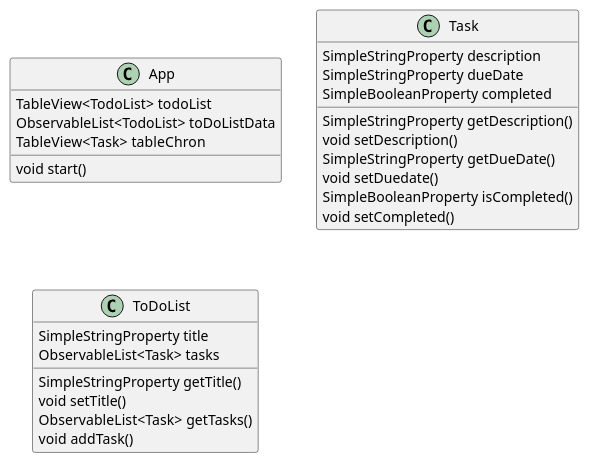
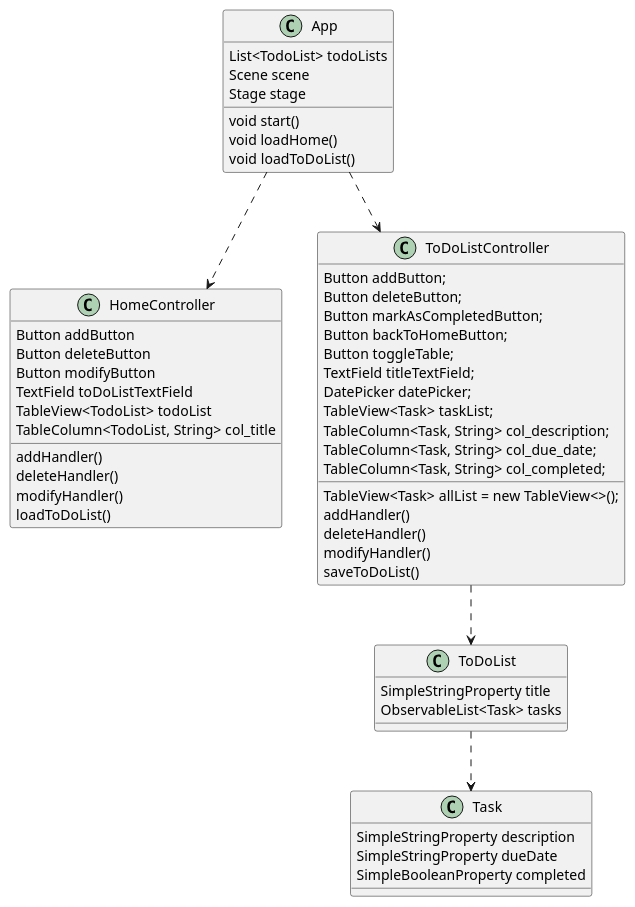
The diagram in uml/ToDoList.puml (milobzb/GuardianTask-GUI-APP-Part-1), drawn with PlantUML before and after one commit. The commit also changed 3 other files, not shown here.

```diff
--- a/uml/ToDoList.puml
+++ b/uml/ToDoList.puml
@@ -1,36 +1,69 @@
 @startuml
 'https://plantuml.com/class-diagram
 
 class App
 class Task
 class ToDoList
 
 class App {
+List<TodoList> todoLists
+Scene scene
+Stage stage
+
+void start()
+void loadHome()
+void loadToDoList()
+}
+
+class HomeController {
+Button addButton
+Button deleteButton
+Button modifyButton
+TextField toDoListTextField
 TableView<TodoList> todoList
-ObservableList<TodoList> toDoListData
-TableView<Task> tableChron
-void start()
+TableColumn<TodoList, String> col_title
+
+addHandler()
+deleteHandler()
+modifyHandler()
+loadToDoList()
 }
 
 class Task {
 SimpleStringProperty description
 SimpleStringProperty dueDate
 SimpleBooleanProperty completed
-SimpleStringProperty getDescription()
-void setDescription()
-SimpleStringProperty getDueDate()
-void setDuedate()
-SimpleBooleanProperty isCompleted()
-void setCompleted()
+
 }
 
 class ToDoList {
 SimpleStringProperty title
 ObservableList<Task> tasks
-SimpleStringProperty getTitle()
-void setTitle()
-ObservableList<Task> getTasks()
-void addTask()
 }
 
+class ToDoListController {
+
+    Button addButton;
+    Button deleteButton;
+    Button markAsCompletedButton;
+    Button backToHomeButton;
+    Button toggleTable;
+    TextField titleTextField;
+    DatePicker datePicker;
+    TableView<Task> taskList;
+    TableView<Task> allList = new TableView<>();
+    TableColumn<Task, String> col_description;
+    TableColumn<Task, String> col_due_date;
+    TableColumn<Task, String> col_completed;
+
+    addHandler()
+    deleteHandler()
+    modifyHandler()
+    saveToDoList()
+}
+App..>ToDoListController
+ToDoListController..>ToDoList
+App..>HomeController
+ToDoList..> Task
+
 @enduml
```
